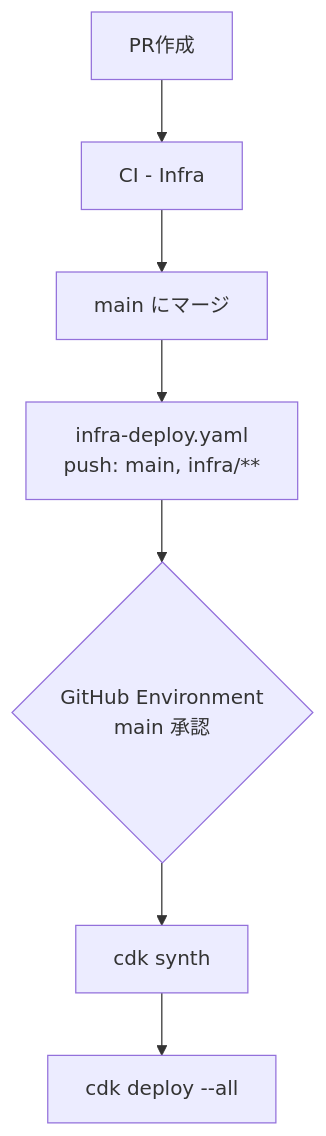
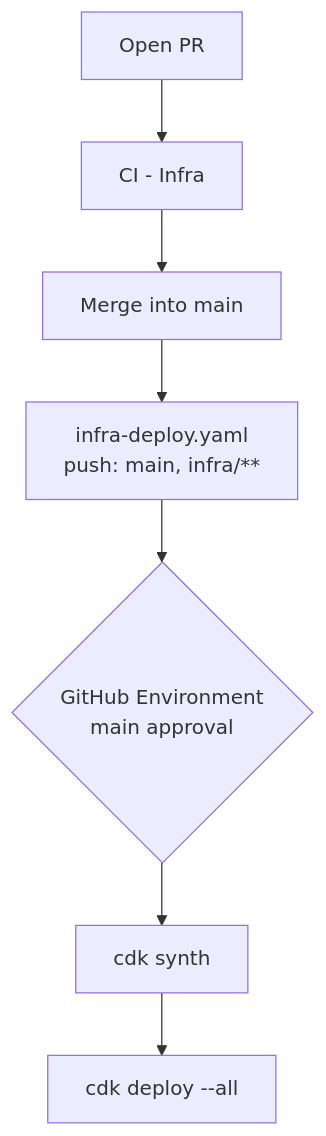
Before and after one commit to kenwoo9y/forge-ts: the second of 2 diagrams in docs/deploy.md, drawn with Mermaid. The commit also changed other lines of this file and 10 other files, not shown here.

````diff
--- a/docs/deploy.md
+++ b/docs/deploy.md
@@ -187,9 +187,9 @@
 ```mermaid
 flowchart TD
-    PR[PR作成] --> CIInfra[CI - Infra]
-    CIInfra --> Merge[main にマージ]
+    PR[Open PR] --> CIInfra[CI - Infra]
+    CIInfra --> Merge[Merge into main]
     Merge --> InfraDeploy["infra-deploy.yaml\npush: main, infra/**"]
-    InfraDeploy --> Approve{GitHub Environment\nmain 承認}
+    InfraDeploy --> Approve{GitHub Environment\nmain approval}
     Approve --> Synth[cdk synth]
     Synth --> Deploy[cdk deploy --all]
 ```
````
